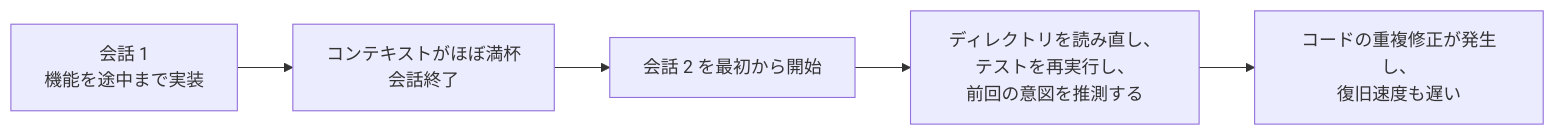
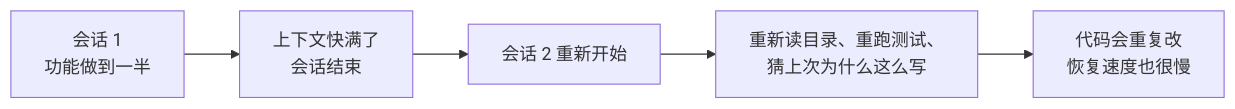
One commit to mkusaka/learn-harness-engineering changed the first of 2 diagrams in docs/zh/lectures/lecture-05-why-long-running-tasks-lose-continuity/index.md. Above: the diagram before and after it, drawn with Mermaid. The commit also changed other lines of this file and 684 other files, not shown here.

````diff
--- a/docs/zh/lectures/lecture-05-why-long-running-tasks-lose-continuity/index.md
+++ b/docs/zh/lectures/lecture-05-why-long-running-tasks-lose-continuity/index.md
@@ -26,7 +26,7 @@
 ```mermaid
 flowchart LR
-    S1["会話 1<br/>機能を途中まで実装"] --> End1["コンテキストがほぼ満杯<br/>会話終了"]
-    End1 --> S2["会話 2 を最初から開始"]
-    S2 --> Guess["ディレクトリを読み直し、テストを再実行し、<br/>前回の意図を推測する"]
-    Guess --> Drift["コードの重複修正が発生し、<br/>復旧速度も遅い"]
+    S1["会话 1<br/>功能做到一半"] --> End1["上下文快满了<br/>会话结束"]
+    End1 --> S2["会话 2 重新开始"]
+    S2 --> Guess["重新读目录、重跑测试、<br/>猜上次为什么这么写"]
+    Guess --> Drift["代码会重复改<br/>恢复速度也很慢"]
 ```
````
